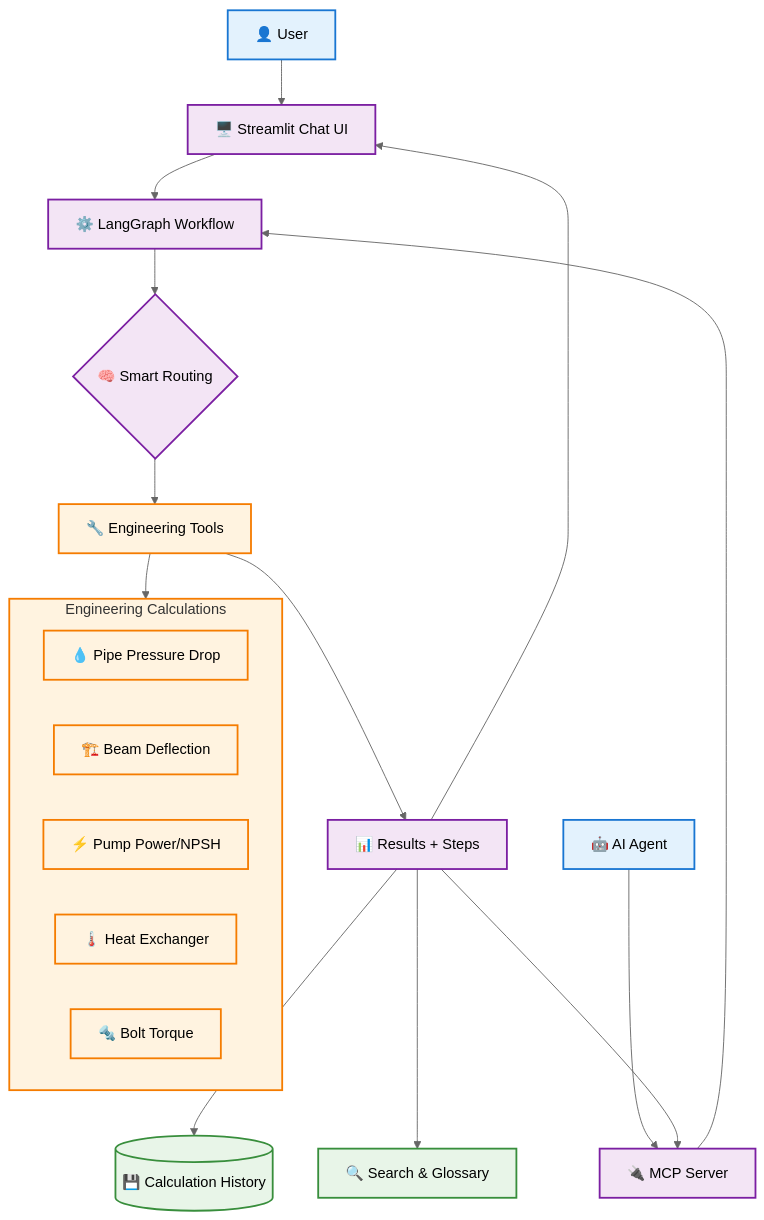
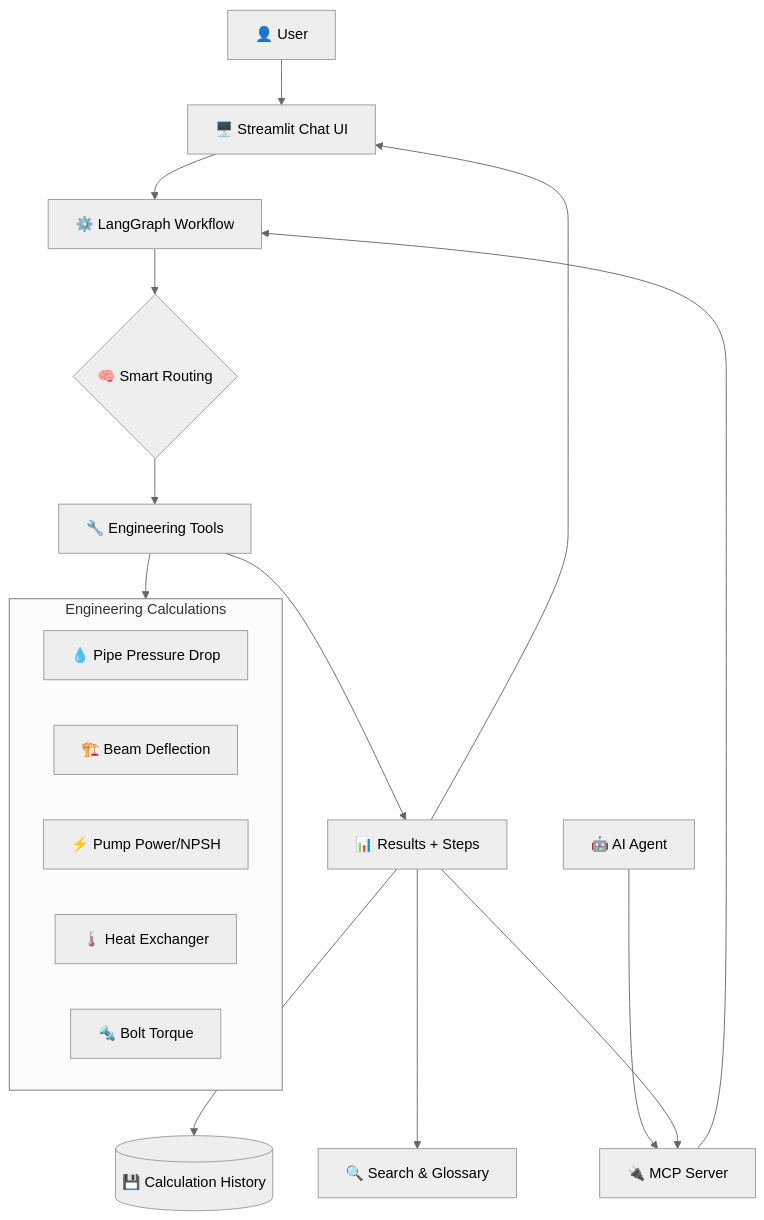
Before and after one commit to abh2050/engineering_tool_box: the first of 2 diagrams in README.md, drawn with Mermaid (neutral theme).

Commit message:
Remove colors from Mermaid diagrams
- Clean, simple black and white architecture diagram
- Focus on content and flow rather than visual styling
- Better accessibility and readability
- Maintains all functionality without color distractions

````diff
--- a/README.md
+++ b/README.md
@@ -119,46 +119,35 @@
 ```mermaid
 graph TB
     %% User Entry Points
     USER[👤 User] --> UI[🖥️ Streamlit Chat UI]
     AGENT[🤖 AI Agent] --> MCP[🔌 MCP Server]
     
     %% Core Processing
     UI --> WORKFLOW[⚙️ LangGraph Workflow]
     MCP --> WORKFLOW
     
     %% Workflow Steps (simplified)
     WORKFLOW --> ROUTER{🧠 Smart Routing}
     ROUTER --> TOOLS[🔧 Engineering Tools]
     TOOLS --> RESULTS[📊 Results + Steps]
     
     %% Engineering Tools
     subgraph CALC[" Engineering Calculations "]
         PIPE[💧 Pipe Pressure Drop]
         BEAM[🏗️ Beam Deflection] 
         PUMP[⚡ Pump Power/NPSH]
         HEAT[🌡️ Heat Exchanger]
         BOLT[🔩 Bolt Torque]
     end
     
     %% Data Storage
     RESULTS --> HISTORY[(💾 Calculation History)]
     RESULTS --> SEARCH[🔍 Search & Glossary]
     
     %% Tool Details
     TOOLS --> CALC
     
     %% Return Results
     RESULTS --> UI
     RESULTS --> MCP
-    
-    %% Simple Styling
-    classDef entry fill:#e3f2fd,stroke:#1976d2,stroke-width:2px
-    classDef process fill:#f3e5f5,stroke:#7b1fa2,stroke-width:2px
-    classDef tools fill:#fff3e0,stroke:#f57c00,stroke-width:2px
-    classDef data fill:#e8f5e8,stroke:#388e3c,stroke-width:2px
-    
-    class USER,AGENT entry
-    class UI,MCP,WORKFLOW,ROUTER,RESULTS process
-    class TOOLS,CALC,PIPE,BEAM,PUMP,HEAT,BOLT tools
-    class HISTORY,SEARCH data
 ```
````
